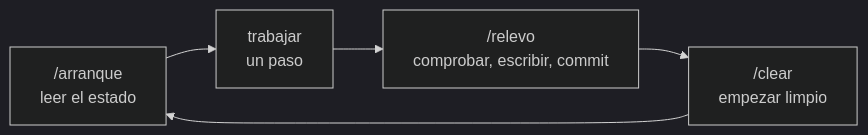
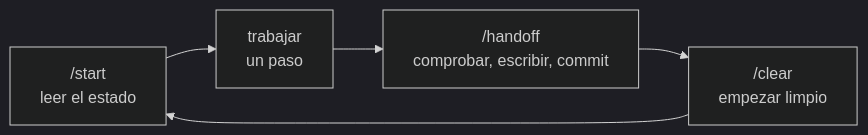
One commit to juliuspani/from-zero-to-repo changed the diagram in docs/es/start-here.md. Above: the diagram before and after it, drawn with Mermaid (dark theme). The commit also changed other lines of this file and 20 other files, not shown here.

First line of the commit message:
feat: rename the session commands to /start and /handoff (were /arranque and /relevo), in commands, docs in both languages, Dr. Repo and tests

````diff
--- a/docs/es/start-here.md
+++ b/docs/es/start-here.md
@@ -40,7 +40,7 @@
 ```mermaid
 flowchart LR
-    A["/arranque<br/>leer el estado"] --> B["trabajar<br/>un paso"]
-    B --> C["/relevo<br/>comprobar, escribir, commit"]
+    A["/start<br/>leer el estado"] --> B["trabajar<br/>un paso"]
+    B --> C["/handoff<br/>comprobar, escribir, commit"]
     C --> D["/clear<br/>empezar limpio"]
     D --> A
 ```
````
